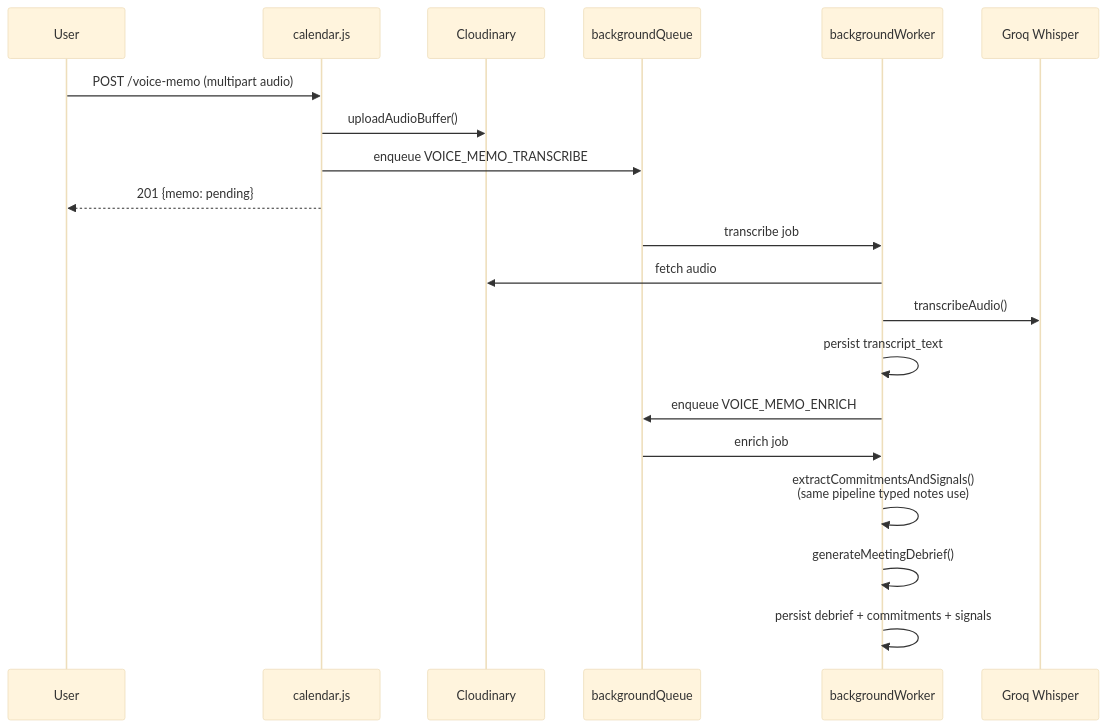
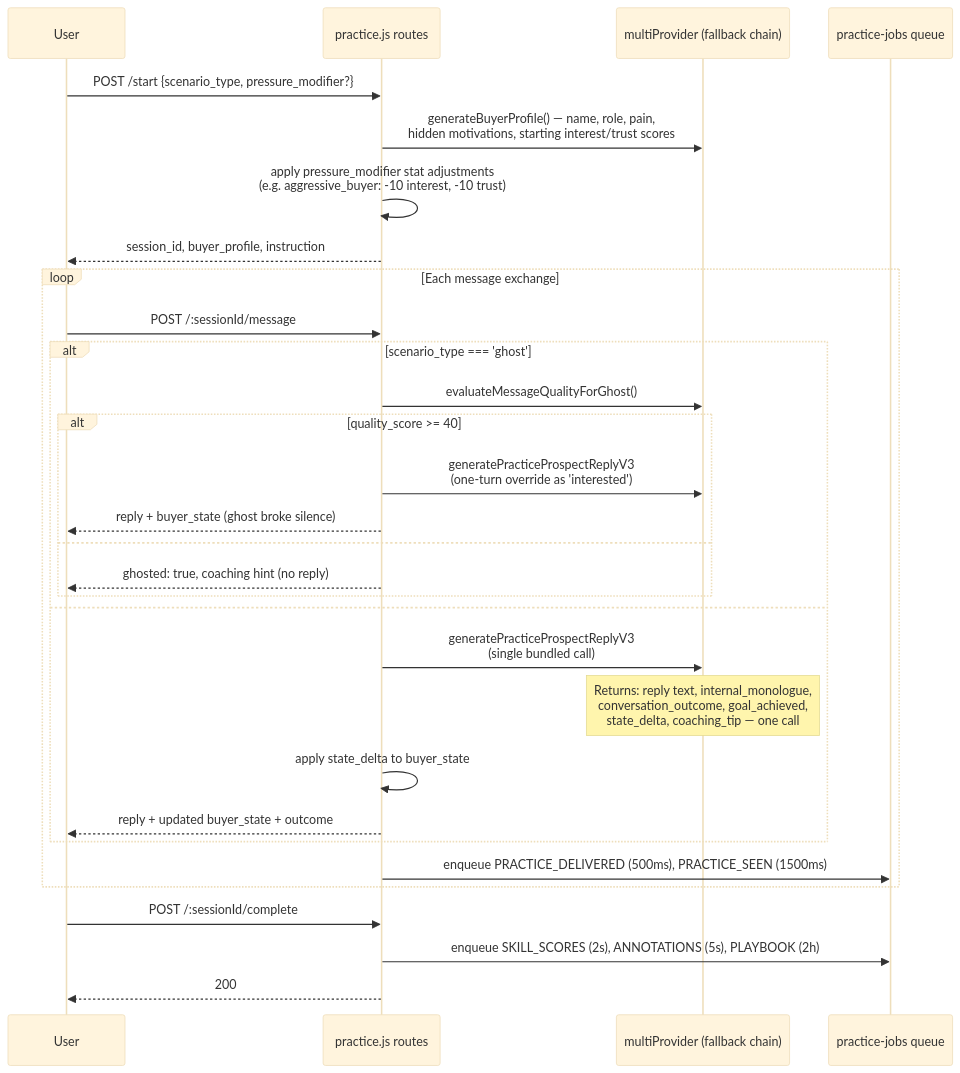
One commit to Devpaul-01/Foundersales changed the sixth of 9 diagrams in ARCHITECTURE.md. Above: the diagram before and after it, drawn with Mermaid (base theme). The commit also changed other lines of this file and 3 other files, not shown here.

````diff
--- a/ARCHITECTURE.md
+++ b/ARCHITECTURE.md
@@ -313,25 +224,35 @@
 ```mermaid
 sequenceDiagram
     participant U as User
-    participant API as calendar.js
-    participant CL as Cloudinary
-    participant Q as backgroundQueue
-    participant W as backgroundWorker
-    participant GW as Groq Whisper
+    participant R as practice.js routes
+    participant AI as multiProvider (fallback chain)
+    participant Q as practice-jobs queue
 
-    U->>API: POST /voice-memo (multipart audio)
-    API->>CL: uploadAudioBuffer()
-    API->>Q: enqueue VOICE_MEMO_TRANSCRIBE
-    API-->>U: 201 {memo: pending}
+    U->>R: POST /start {scenario_type, pressure_modifier?}
+    R->>AI: generateBuyerProfile() — name, role, pain,<br/>hidden motivations, starting interest/trust scores
+    R->>R: apply pressure_modifier stat adjustments<br/>(e.g. aggressive_buyer: -10 interest, -10 trust)
+    R-->>U: session_id, buyer_profile, instruction
 
-    Q->>W: transcribe job
-    W->>CL: fetch audio
-    W->>GW: transcribeAudio()
-    W->>W: persist transcript_text
-    W->>Q: enqueue VOICE_MEMO_ENRICH
+    loop Each message exchange
+        U->>R: POST /:sessionId/message
+        alt scenario_type === 'ghost'
+            R->>AI: evaluateMessageQualityForGhost()
+            alt quality_score >= 40
+                R->>AI: generatePracticeProspectReplyV3<br/>(one-turn override as 'interested')
+                R-->>U: reply + buyer_state (ghost broke silence)
+            else
+                R-->>U: ghosted: true, coaching hint (no reply)
+            end
+        else
+            R->>AI: generatePracticeProspectReplyV3<br/>(single bundled call)
+            Note over AI: Returns: reply text, internal_monologue,<br/>conversation_outcome, goal_achieved,<br/>state_delta, coaching_tip — one call
+            R->>R: apply state_delta to buyer_state
+            R-->>U: reply + updated buyer_state + outcome
+        end
+        R->>Q: enqueue PRACTICE_DELIVERED (500ms), PRACTICE_SEEN (1500ms)
+    end
 
-    Q->>W: enrich job
-    W->>W: extractCommitmentsAndSignals()<br/>(same pipeline typed notes use)
-    W->>W: generateMeetingDebrief()
-    W->>W: persist debrief + commitments + signals
+    U->>R: POST /:sessionId/complete
+    R->>Q: enqueue SKILL_SCORES (2s), ANNOTATIONS (5s), PLAYBOOK (2h)
+    R-->>U: 200
 ```
````
